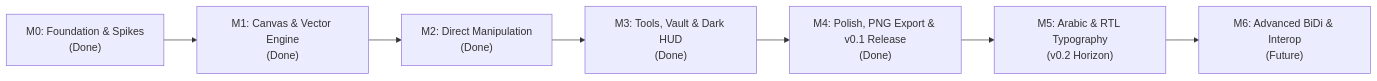
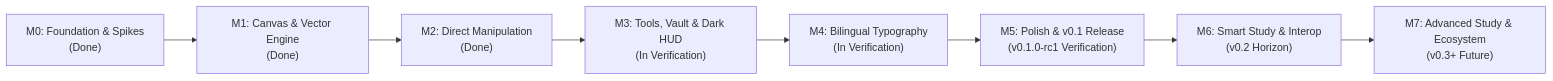
The diagram in docs/roadmap.md (abdulrahmanhossam/ruqa), drawn with Mermaid before and after one commit. The commit also changed other lines of this file and 3 other files, not shown here.

First line of the commit message:
docs: add next-path research report, v0.1.0 builder report, and v0.2.0 roadmap (#149)

````diff
--- a/docs/roadmap.md
+++ b/docs/roadmap.md
@@ -7,9 +7,10 @@
 ```mermaid
 flowchart LR
     M0["M0: Foundation & Spikes<br/>(Done)"] --> M1["M1: Canvas & Vector Engine<br/>(Done)"]
     M1 --> M2["M2: Direct Manipulation<br/>(Done)"]
-    M2 --> M3["M3: Tools, Vault & Dark HUD<br/>(Done)"]
-    M3 --> M4["M4: Polish, PNG Export & v0.1 Release<br/>(Done)"]
-    M4 --> M5["M5: Arabic & RTL Typography<br/>(v0.2 Horizon)"]
-    M5 --> M6["M6: Advanced BiDi & Interop<br/>(Future)"]
+    M2 --> M3["M3: Tools, Vault & Dark HUD<br/>(In Verification)"]
+    M3 --> M4["M4: Bilingual Typography<br/>(In Verification)"]
+    M4 --> M5["M5: Polish & v0.1 Release<br/>(v0.1.0-rc1 Verification)"]
+    M5 --> M6["M6: Smart Study & Interop<br/>(v0.2 Horizon)"]
+    M6 --> M7["M7: Advanced Study & Ecosystem<br/>(v0.3+ Future)"]
 ```
````
